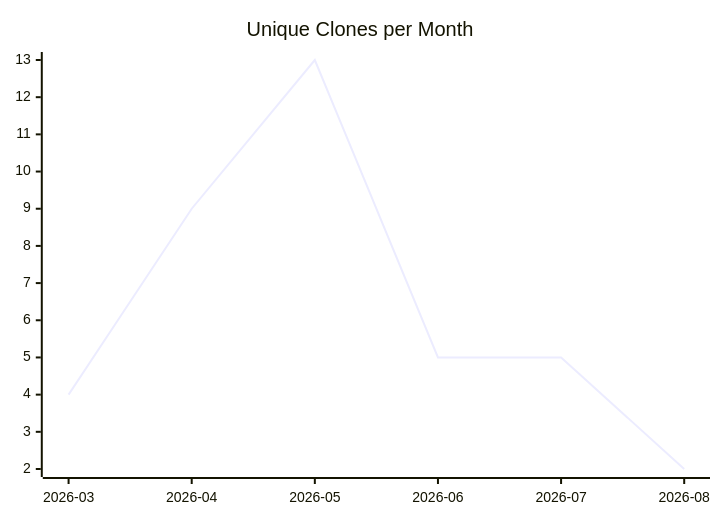
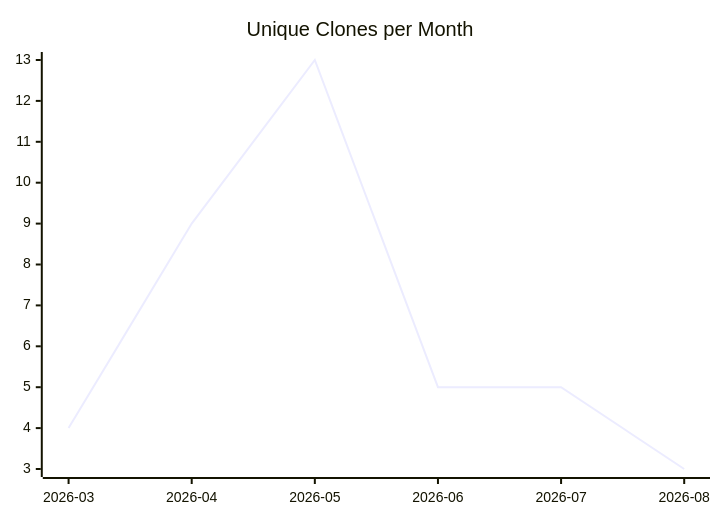
One commit to justdavis-family/github-analytics-data changed the third of 3 diagrams in karlmdavis/justdavis-puppet/README.md. Above: the diagram before and after it, drawn with Mermaid. The commit also changed other lines of this file and 162 other files, not shown here.

````diff
--- a/karlmdavis/justdavis-puppet/README.md
+++ b/karlmdavis/justdavis-puppet/README.md
@@ -19,6 +19,6 @@
 ```mermaid
 xychart-beta
   title "Unique Clones per Month"
   x-axis ["2026-03", "2026-04", "2026-05", "2026-06", "2026-07", "2026-08"]
-  line [4, 9, 13, 5, 5, 2]
+  line [4, 9, 13, 5, 5, 3]
 ```
````
